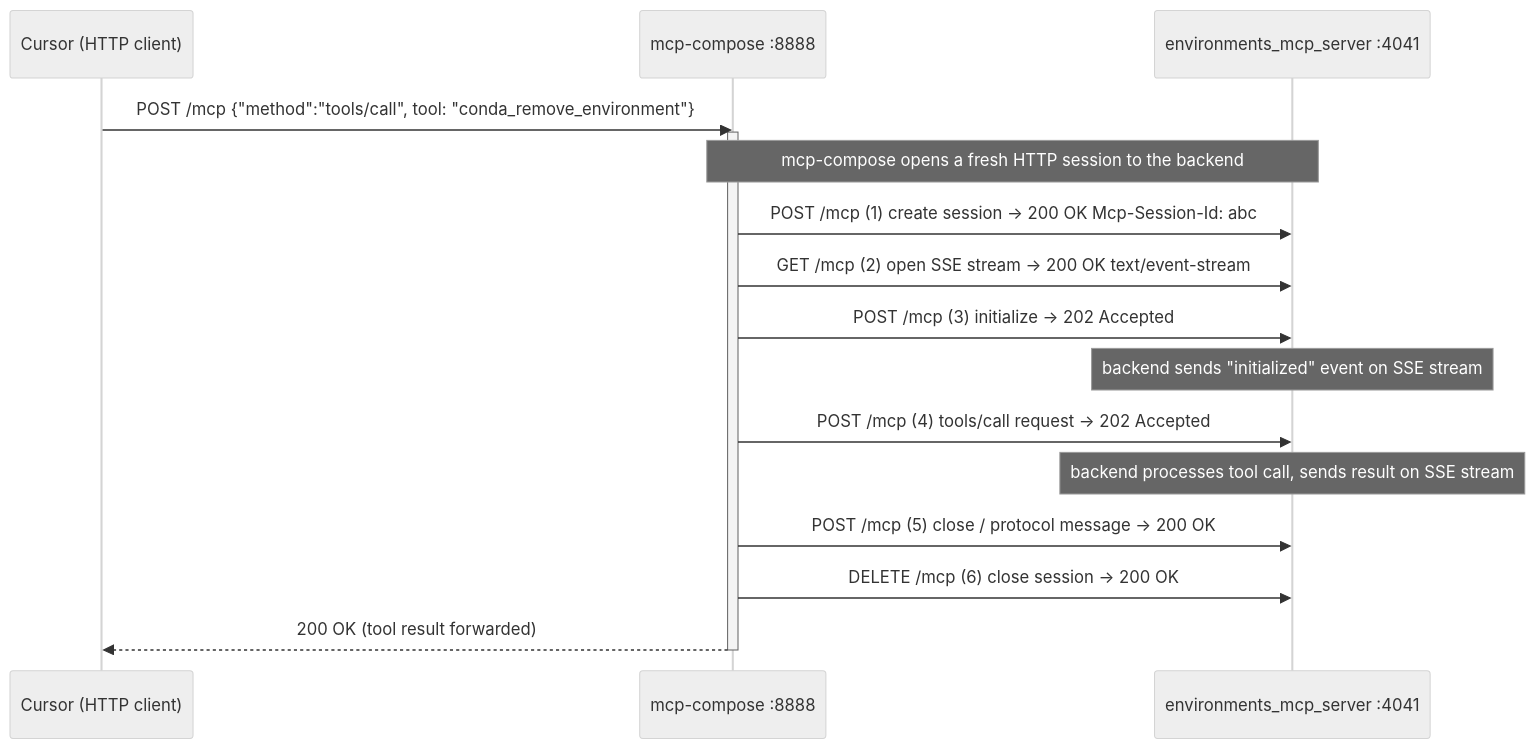
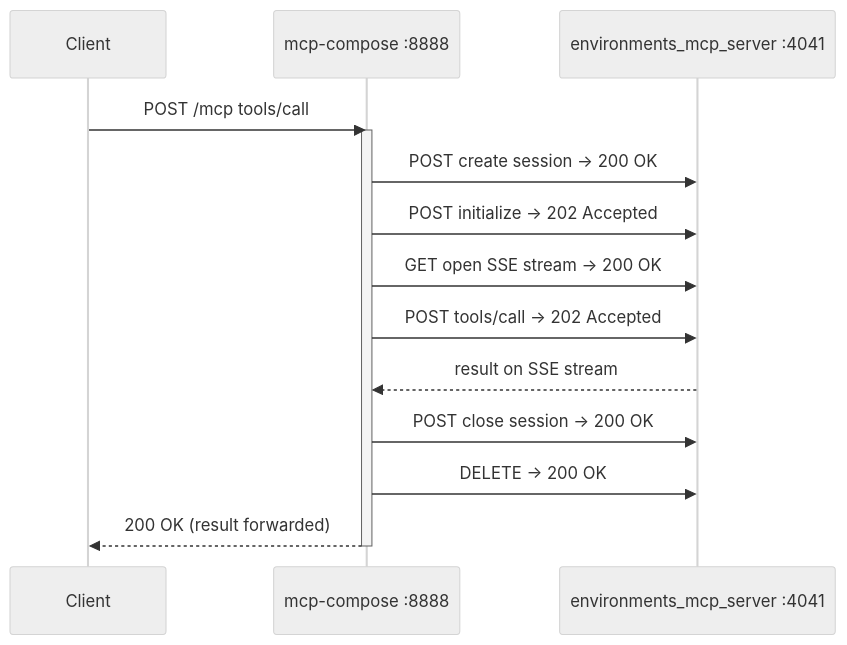
The second of 4 diagrams in tests/qa/_ai_docs/hang_issue/KI-011-HTTP-PROXY-HANG.md (anaconda/anaconda-mcp), drawn with Mermaid (neutral theme) before and after one commit. The commit also changed other lines of this file and 1 other file, not shown here.

````diff
--- a/tests/qa/_ai_docs/hang_issue/KI-011-HTTP-PROXY-HANG.md
+++ b/tests/qa/_ai_docs/hang_issue/KI-011-HTTP-PROXY-HANG.md
@@ -103,22 +66,18 @@
 ```mermaid
 sequenceDiagram
-    participant C  as Cursor (HTTP client)
-    participant P  as mcp-compose :8888
-    participant B  as environments_mcp_server :4041
+    participant C as Client
+    participant P as mcp-compose :8888
+    participant B as environments_mcp_server :4041
 
-    C->>P: POST /mcp  {"method":"tools/call", tool: "conda_remove_environment"}
+    C->>P: POST /mcp  tools/call
     activate P
-
-    Note over P,B: mcp-compose opens a fresh HTTP session to the backend
-    P->>B: POST /mcp  (1) create session          → 200 OK  Mcp-Session-Id: abc
-    P->>B: GET  /mcp  (2) open SSE stream          → 200 OK  text/event-stream
-    P->>B: POST /mcp  (3) initialize               → 202 Accepted
-    Note over B: backend sends "initialized" event on SSE stream
-    P->>B: POST /mcp  (4) tools/call request       → 202 Accepted
-    Note over B: backend processes tool call, sends result on SSE stream
-    P->>B: POST /mcp  (5) close / protocol message → 200 OK
-    P->>B: DELETE /mcp (6) close session           → 200 OK
-
-    P-->>C: 200 OK  (tool result forwarded)
+    P->>B: POST  create session  → 200 OK
+    P->>B: POST  initialize      → 202 Accepted
+    P->>B: GET   open SSE stream → 200 OK
+    P->>B: POST  tools/call      → 202 Accepted
+    B-->>P: result on SSE stream
+    P->>B: POST  close session   → 200 OK
+    P->>B: DELETE                → 200 OK
+    P-->>C: 200 OK (result forwarded)
     deactivate P
 ```
````
